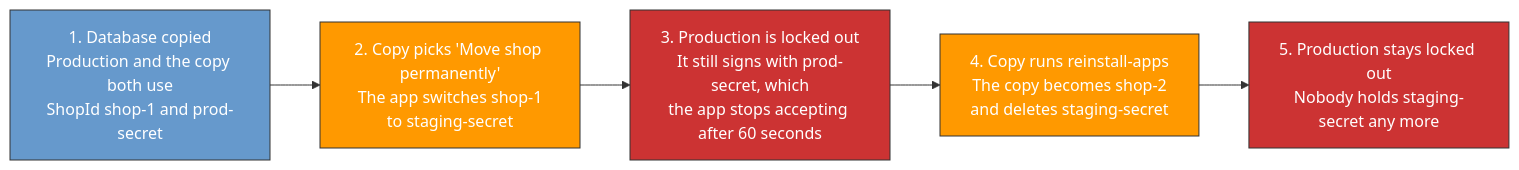
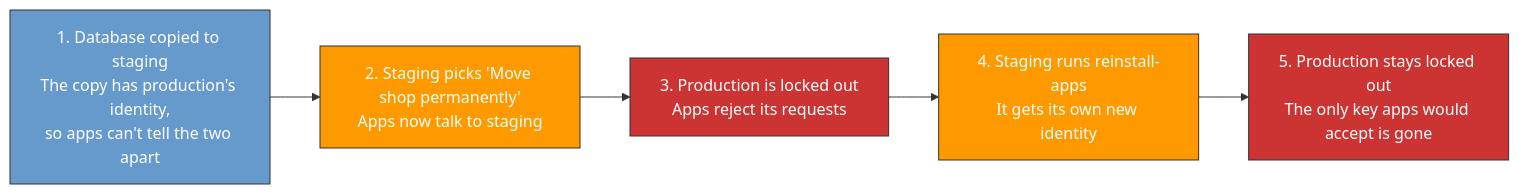
The first of 2 diagrams in adr/2026-10-15-app-recovery-after-shop-copy.md (shopware/shopware), drawn with Mermaid before and after one commit.

Commit message:
docs(adr): plain wording in the takeover diagram

````diff
--- a/adr/2026-10-15-app-recovery-after-shop-copy.md
+++ b/adr/2026-10-15-app-recovery-after-shop-copy.md
@@ -23,14 +23,14 @@
 ```mermaid
 flowchart LR
-    S1["1. Database copied<br/>Production and the copy both use<br/>ShopId shop-1 and prod-secret"]
-    S2["2. Copy picks 'Move shop permanently'<br/>The app switches shop-1<br/>to staging-secret"]
-    S3["3. Production is locked out<br/>It still signs with prod-secret, which<br/>the app stops accepting after 60 seconds"]
-    S4["4. Copy runs reinstall-apps<br/>The copy becomes shop-2<br/>and deletes staging-secret"]
-    S5["5. Production stays locked out<br/>Nobody holds staging-secret any more"]
+    S1["1. Database copied to staging<br/>The copy has production's identity,<br/>so apps can't tell the two apart"]
+    S2["2. Staging picks 'Move shop permanently'<br/>Apps now talk to staging"]
+    S3["3. Production is locked out<br/>Apps reject its requests"]
+    S4["4. Staging runs reinstall-apps<br/>It gets its own new identity"]
+    S5["5. Production stays locked out<br/>The only key apps would accept is gone"]
     S1 --> S2 --> S3 --> S4 --> S5
     style S1 fill:#69c,stroke:#333,color:#fff
     style S2 fill:#f90,stroke:#333,color:#fff
     style S3 fill:#c33,stroke:#333,color:#fff
     style S4 fill:#f90,stroke:#333,color:#fff
     style S5 fill:#c33,stroke:#333,color:#fff
 ```
````
